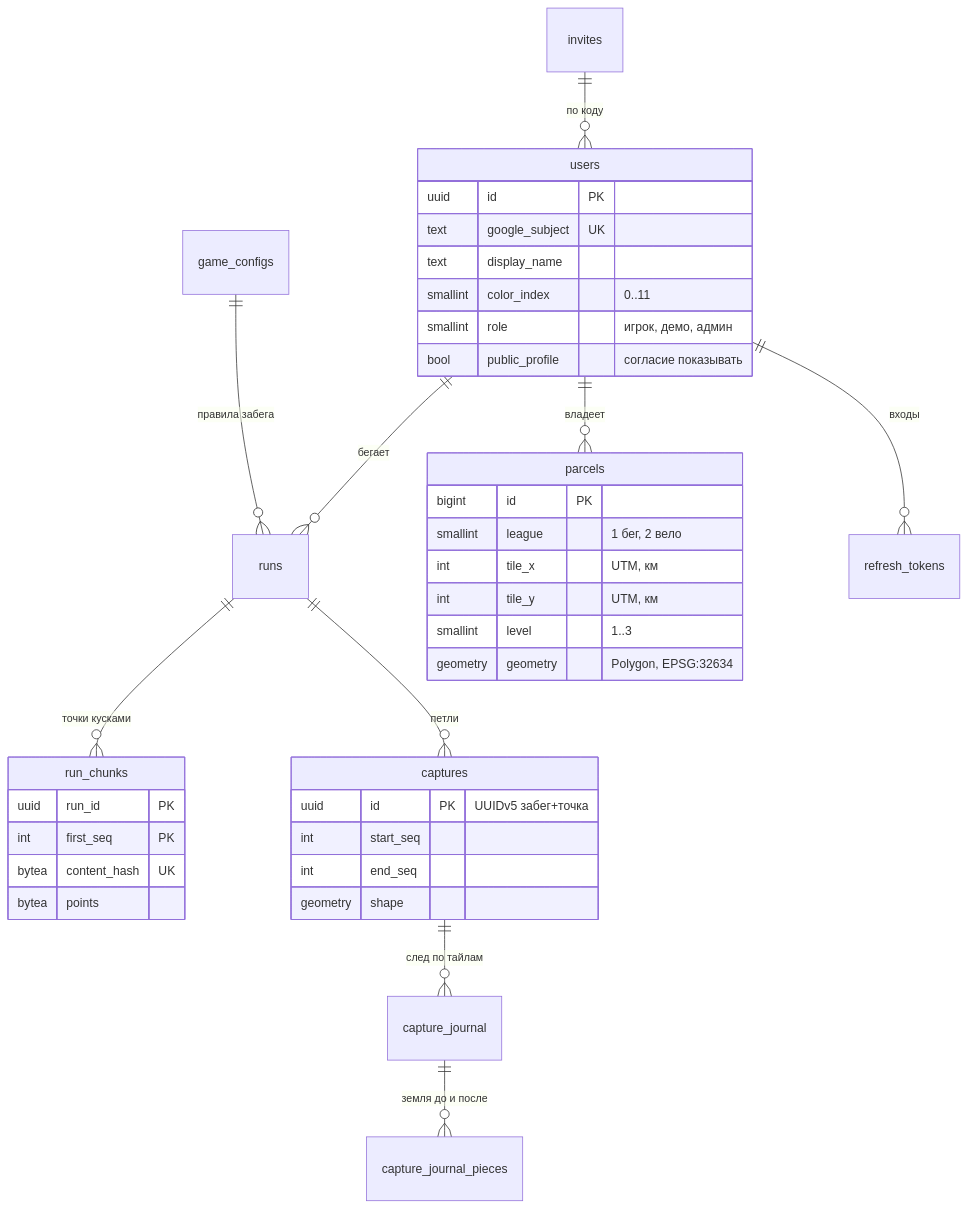
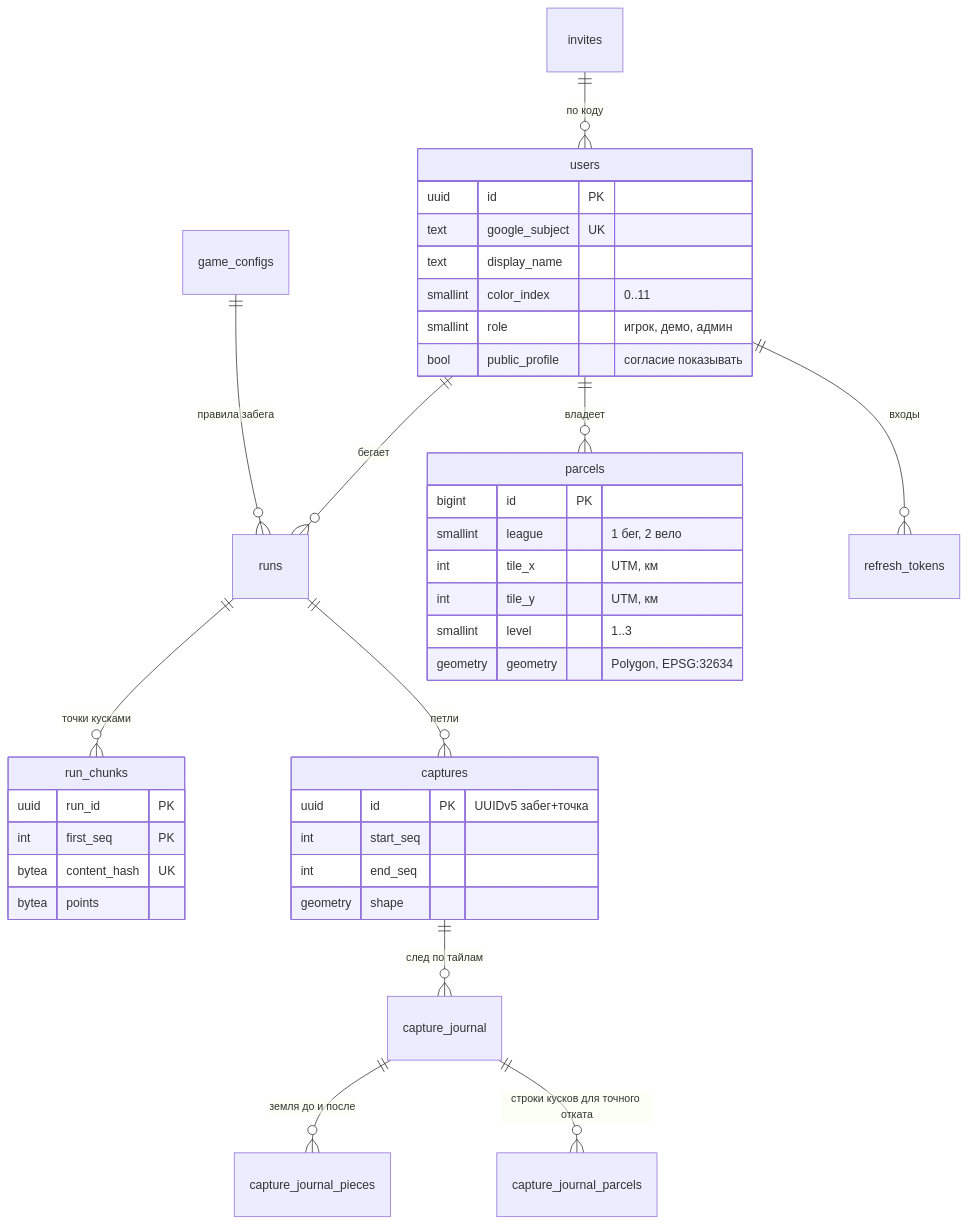
One commit to Nikich196/gorodki changed the diagram in docs/architecture/data-model.md. Above: the diagram before and after it, drawn with Mermaid. The commit also changed other lines of this file and 9 other files, not shown here.

````diff
--- a/docs/architecture/data-model.md
+++ b/docs/architecture/data-model.md
@@ -7,40 +7,41 @@
 ```mermaid
 erDiagram
     users ||--o{ runs : "бегает"
     users ||--o{ parcels : "владеет"
     game_configs ||--o{ runs : "правила забега"
     runs ||--o{ run_chunks : "точки кусками"
     runs ||--o{ captures : "петли"
     captures ||--o{ capture_journal : "след по тайлам"
     capture_journal ||--o{ capture_journal_pieces : "земля до и после"
+    capture_journal ||--o{ capture_journal_parcels : "строки кусков для точного отката"
     invites ||--o{ users : "по коду"
     users ||--o{ refresh_tokens : "входы"
     users {
         uuid id PK
         text google_subject UK
         text display_name
         smallint color_index "0..11"
         smallint role "игрок, демо, админ"
         bool public_profile "согласие показывать"
     }
     parcels {
         bigint id PK
         smallint league "1 бег, 2 вело"
         int tile_x "UTM, км"
         int tile_y "UTM, км"
         smallint level "1..3"
         geometry geometry "Polygon, EPSG:32634"
     }
     captures {
         uuid id PK "UUIDv5 забег+точка"
         int start_seq
         int end_seq
         geometry shape
     }
     run_chunks {
         uuid run_id PK
         int first_seq PK
         bytea content_hash UK
         bytea points
     }
 ```
````
